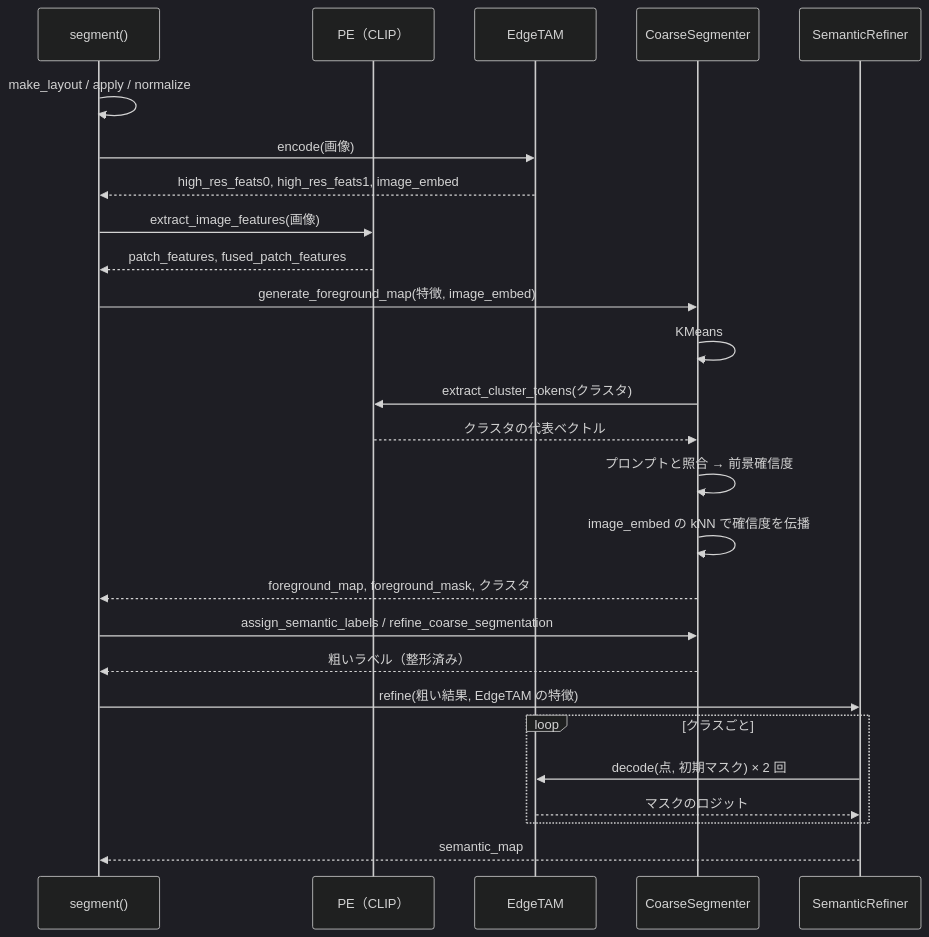
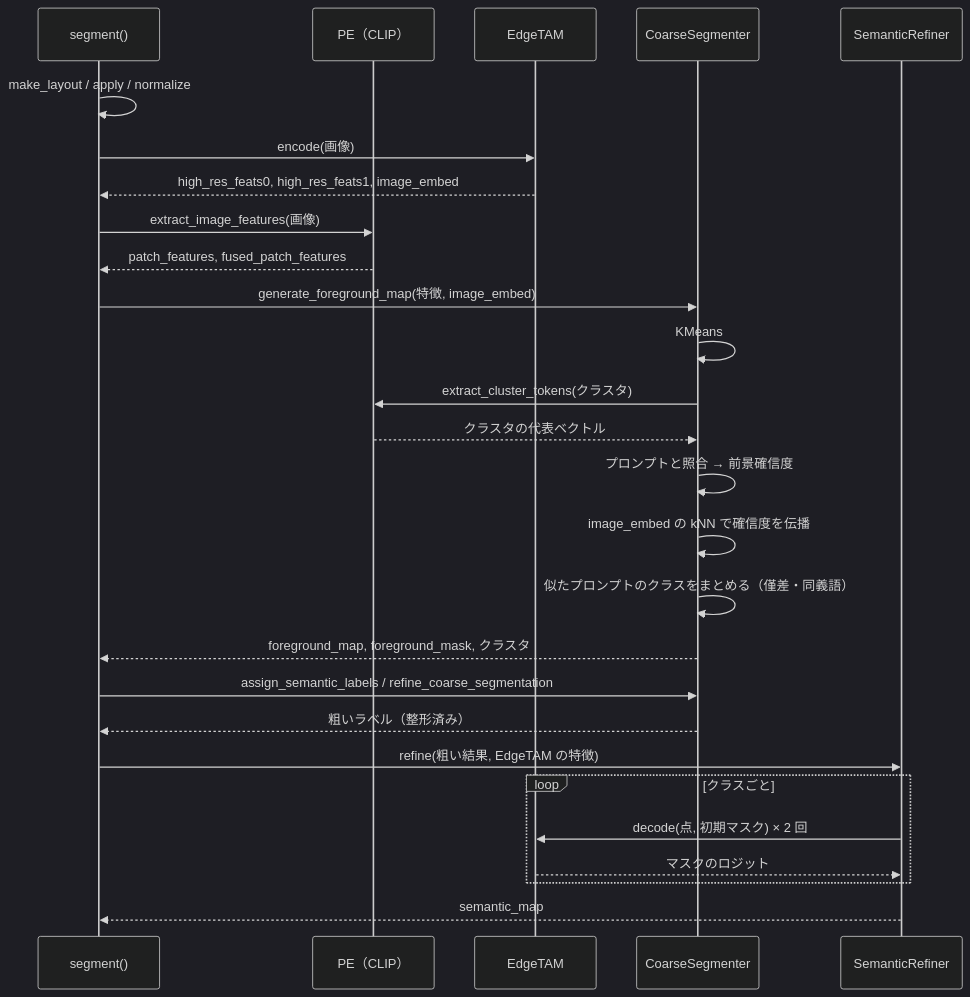
One commit to fklg-64/pe_anything_detect changed the second of 3 diagrams in docs/overview.md. Above: the diagram before and after it, drawn with Mermaid (dark theme). The commit also changed other lines of this file and 19 other files, not shown here.

````diff
--- a/docs/overview.md
+++ b/docs/overview.md
@@ -65,29 +66,30 @@
 ```mermaid
 sequenceDiagram
     participant U as segment()
     participant PE as PE（CLIP）
     participant ET as EdgeTAM
     participant C as CoarseSegmenter
     participant R as SemanticRefiner
 
     U->>U: make_layout / apply / normalize
     U->>ET: encode(画像)
     ET-->>U: high_res_feats0, high_res_feats1, image_embed
     U->>PE: extract_image_features(画像)
     PE-->>U: patch_features, fused_patch_features
     U->>C: generate_foreground_map(特徴, image_embed)
     C->>C: KMeans
     C->>PE: extract_cluster_tokens(クラスタ)
     PE-->>C: クラスタの代表ベクトル
     C->>C: プロンプトと照合 → 前景確信度
     C->>C: image_embed の kNN で確信度を伝播
+    C->>C: 似たプロンプトのクラスをまとめる（僅差・同義語）
     C-->>U: foreground_map, foreground_mask, クラスタ
     U->>C: assign_semantic_labels / refine_coarse_segmentation
     C-->>U: 粗いラベル（整形済み）
     U->>R: refine(粗い結果, EdgeTAM の特徴)
     loop クラスごと
         R->>ET: decode(点, 初期マスク) × 2 回
         ET-->>R: マスクのロジット
     end
     R-->>U: semantic_map
 ```
````
